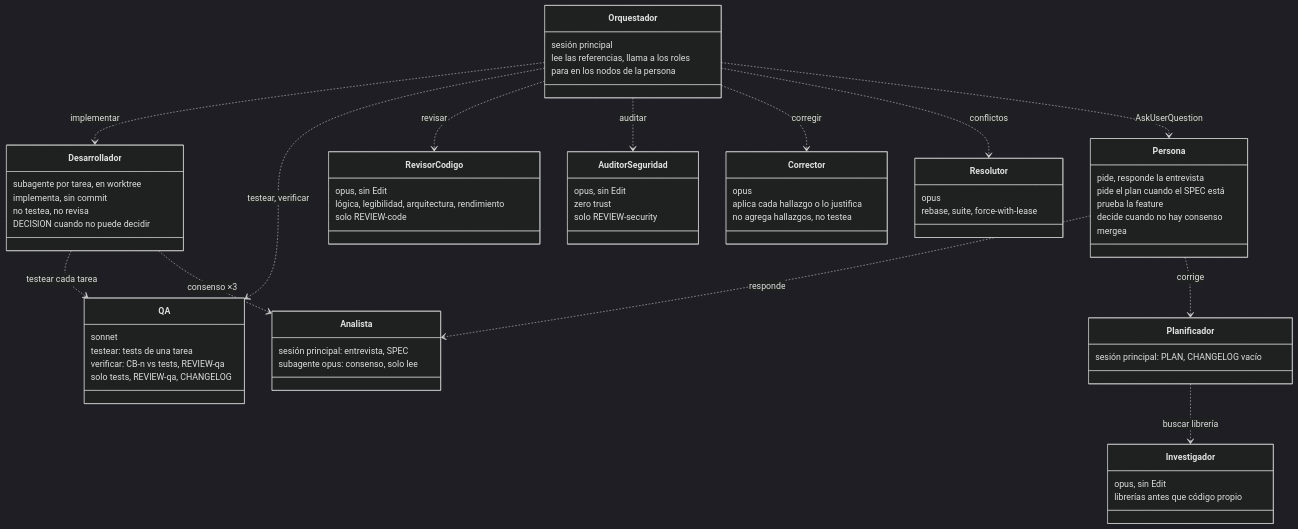
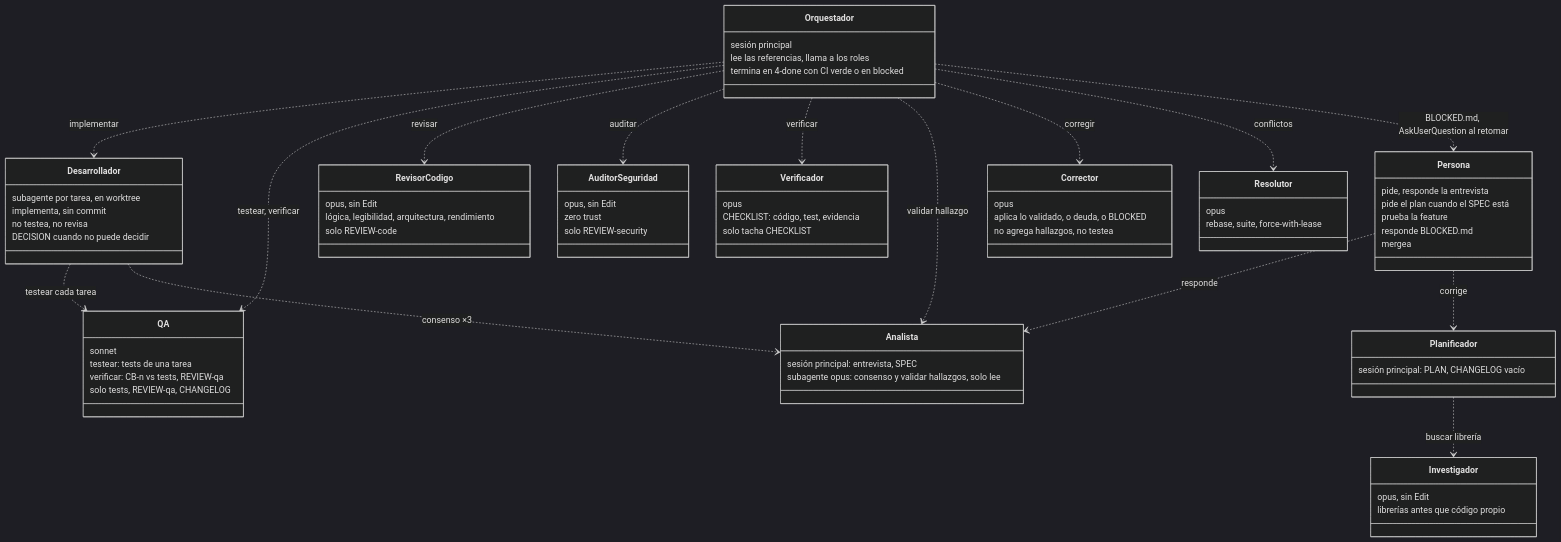
The second of 2 diagrams in skills/workflow/references/roles-and-artifacts.md (octavio-parozlabs/mindstack), drawn with Mermaid (dark theme) before and after one commit. The commit also changed other lines of this file and 44 other files, not shown here.

````diff
--- a/skills/workflow/references/roles-and-artifacts.md
+++ b/skills/workflow/references/roles-and-artifacts.md
@@ -60,70 +73,77 @@
 ```mermaid
 classDiagram
     class Persona {
         pide, responde la entrevista
         pide el plan cuando el SPEC está
         prueba la feature
-        decide cuando no hay consenso
+        responde BLOCKED.md
         mergea
     }
     class Analista {
         sesión principal: entrevista, SPEC
-        subagente opus: consenso, solo lee
+        subagente opus: consenso y validar hallazgos, solo lee
     }
     class Planificador {
         sesión principal: PLAN, CHANGELOG vacío
     }
     class Desarrollador {
         subagente por tarea, en worktree
         implementa, sin commit
         no testea, no revisa
         DECISION cuando no puede decidir
     }
     class QA {
         sonnet
         testear: tests de una tarea
         verificar: CB-n vs tests, REVIEW-qa
         solo tests, REVIEW-qa, CHANGELOG
     }
     class Investigador {
         opus, sin Edit
         librerías antes que código propio
     }
     class RevisorCodigo {
         opus, sin Edit
         lógica, legibilidad, arquitectura, rendimiento
         solo REVIEW-code
     }
     class AuditorSeguridad {
         opus, sin Edit
         zero trust
         solo REVIEW-security
     }
+    class Verificador {
+        opus
+        CHECKLIST: código, test, evidencia
+        solo tacha CHECKLIST
+    }
     class Corrector {
         opus
-        aplica cada hallazgo o lo justifica
+        aplica lo validado, o deuda, o BLOCKED
         no agrega hallazgos, no testea
     }
     class Resolutor {
         opus
         rebase, suite, force-with-lease
     }
     class Orquestador {
         sesión principal
         lee las referencias, llama a los roles
-        para en los nodos de la persona
+        termina en 4-done con CI verde o en blocked
     }
 
     Persona ..> Analista : responde
     Persona ..> Planificador : corrige
     Planificador ..> Investigador : buscar librería
     Orquestador ..> Desarrollador : implementar
     Orquestador ..> QA : testear, verificar
     Orquestador ..> RevisorCodigo : revisar
     Orquestador ..> AuditorSeguridad : auditar
+    Orquestador ..> Verificador : verificar
+    Orquestador ..> Analista : validar hallazgo
     Orquestador ..> Corrector : corregir
     Orquestador ..> Resolutor : conflictos
     Desarrollador ..> QA : testear cada tarea
     Desarrollador ..> Analista : consenso ×3
-    Orquestador ..> Persona : AskUserQuestion
+    Orquestador ..> Persona : BLOCKED.md, AskUserQuestion al retomar
 ```
````
